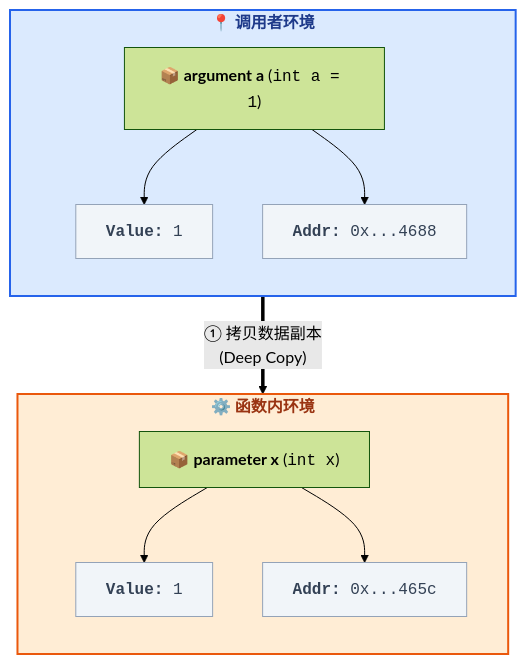
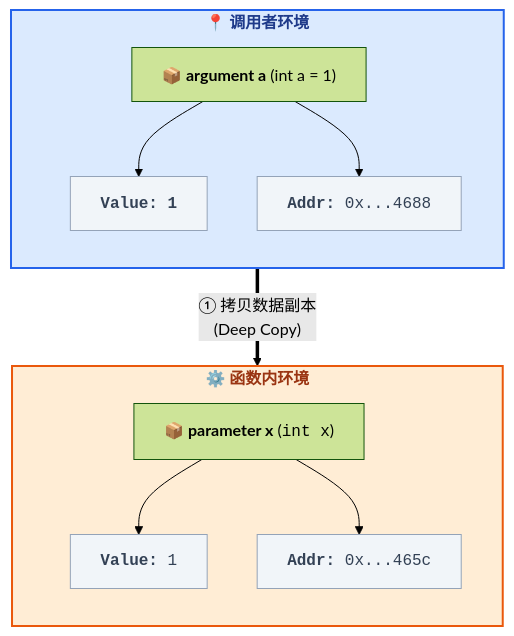
Before and after one commit to dmjcb/dmjcb.github.io: the second of 4 diagrams in _posts/c_c++/2024-12-23-function.md, drawn with Mermaid (forest theme). The commit also changed other lines of this file and 8 other files, not shown here.

````diff
--- a/_posts/c_c++/2024-12-23-function.md
+++ b/_posts/c_c++/2024-12-23-function.md
@@ -192,31 +187,31 @@
 ```mermaid
 flowchart TB
     %% 样式定义
     classDef argMain fill:#dbeafe,stroke:#2563eb,stroke-width:2px,color:#1e3a8a,font-weight:bold;
     classDef paramMain fill:#ffedd5,stroke:#ea580c,stroke-width:2px,color:#9a3412,font-weight:bold;
     classDef memNode fill:#f1f5f9,stroke:#94a3b8,stroke-width:1px,color:#334155,font-family:monospace;
 
     subgraph ArgEnv ["📍 调用者环境"]
         direction TB
-        ArgA["📦 <b>argument a</b> (<code>int a = 1</code>)"]
-        ArgA_Val["<b>Value:</b> <code>1</code>"]
+        ArgA["📦 <b>argument a</b> (int a = 1)"]
+        ArgA_Val["<b>Value: 1"]
         ArgA_Addr["<b>Addr:</b> <code>0x...4688</code>"]
         ArgA --> ArgA_Val
         ArgA --> ArgA_Addr
     end
 
     subgraph ParamEnv ["⚙️ 函数内环境"]
         direction TB
         ParamX["📦 <b>parameter x</b> (<code>int x</code>)"]
         ParamX_Val["<b>Value:</b> <code>1</code>"]
         ParamX_Addr["<b>Addr:</b> <code>0x...465c</code>"]
         ParamX --> ParamX_Val
         ParamX --> ParamX_Addr
     end
 
     ArgA_Val ==>|"① 拷贝数据副本<br/>(Deep Copy)"| ParamX_Val
     
     class ArgEnv argMain;
     class ParamEnv paramMain;
     class ArgA_Val,ArgA_Addr,ParamX_Val,ParamX_Addr memNode;
 ```
````
